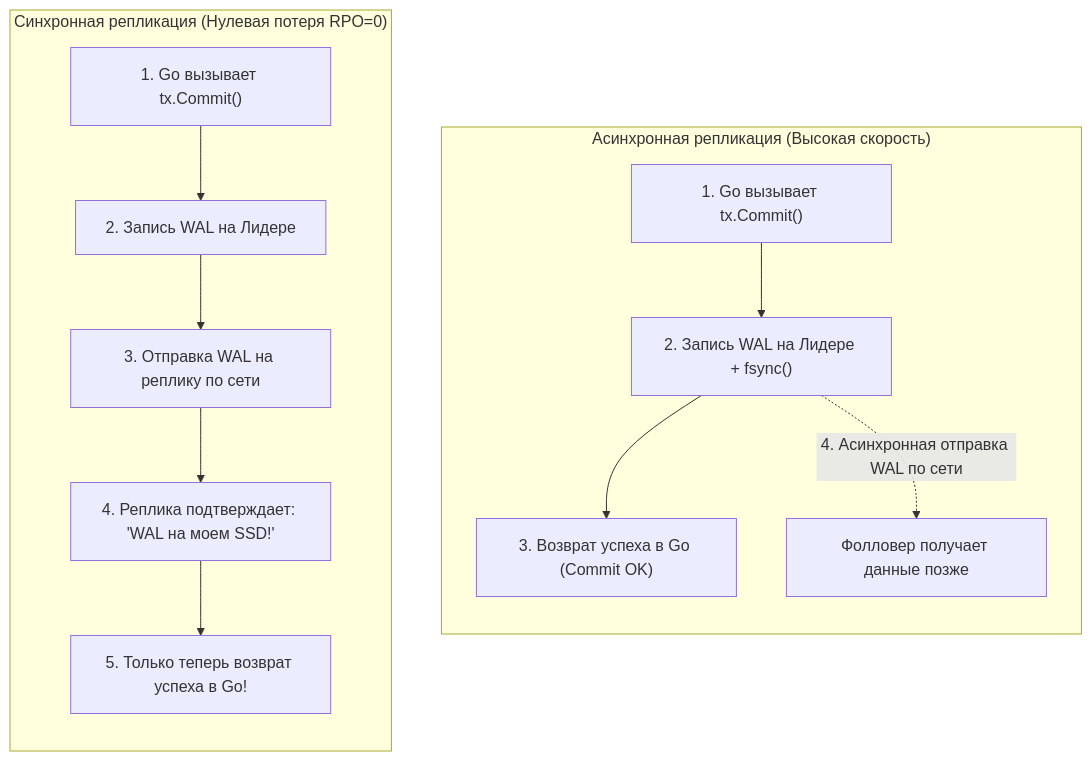
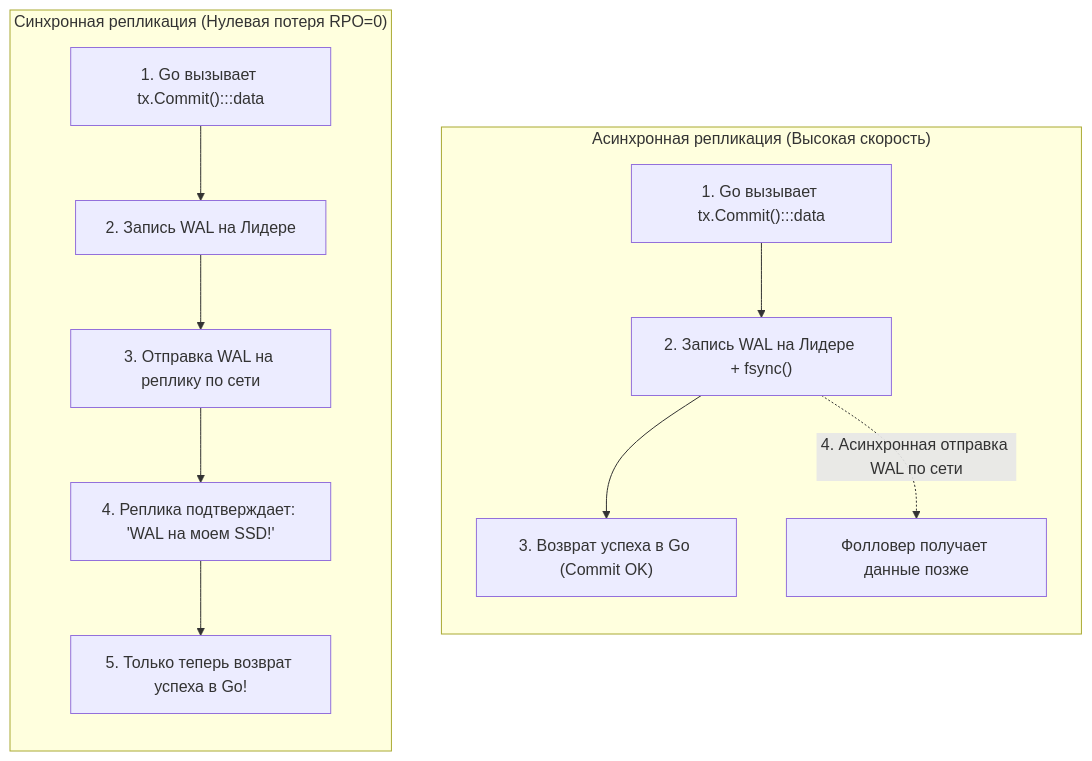
The second of 2 diagrams in sources/12. Базы данных/06. PostgreSQL/11. Репликация в PostgreSQL.md (UnrealTemplier/go-textbook), drawn with Mermaid before and after one commit. The commit also changed other lines of this file and 1666 other files, not shown here.

First line of the commit message:
feat(mermaid): add semantic color classDef to 1369 colorless flowchart/graph diagrams

````diff
--- a/sources/12. Базы данных/06. PostgreSQL/11. Репликация в PostgreSQL.md
+++ b/sources/12. Базы данных/06. PostgreSQL/11. Репликация в PostgreSQL.md
@@ -52,17 +62,27 @@
 ```mermaid
 flowchart TD
+    classDef process  fill:#1e293b,stroke:#38bdf8,stroke-width:1px,color:#f8fafc
+    classDef success  fill:#064e3b,stroke:#34d399,stroke-width:1px,color:#f8fafc
+    classDef error    fill:#7f1d1d,stroke:#f87171,stroke-width:1px,color:#f8fafc
+    classDef warning  fill:#78350f,stroke:#fbbf24,stroke-width:1px,color:#f8fafc
+    classDef entry    fill:#1e3a5f,stroke:#38bdf8,stroke-width:2px,color:#f8fafc
+    classDef aux      fill:#334155,stroke:#64748b,stroke-width:1px,color:#f8fafc
+    classDef system   fill:#312e81,stroke:#a78bfa,stroke-width:1px,color:#f8fafc
+    classDef data     fill:#132d29,stroke:#2dd4bf,stroke-width:1px,color:#f8fafc
+    classDef network  fill:#881337,stroke:#fb7185,stroke-width:1px,color:#f8fafc
+    classDef accent   fill:#1e1b4b,stroke:#818cf8,stroke-width:1px,color:#f8fafc
     subgraph AsyncMode ["Асинхронная репликация (Высокая скорость)"]
         direction TB
-        A1["1. Go вызывает tx.Commit()"] --> A2["2. Запись WAL на Лидере + fsync()"]
+        A1["1. Go вызывает tx.Commit():::data"] --> A2["2. Запись WAL на Лидере + fsync()"]
         A2 --> A3["3. Возврат успеха в Go (Commit OK)"]
         A2 -.->|"4. Асинхронная отправка WAL по сети"| A4["Фолловер получает данные позже"]
     end
 
     subgraph SyncMode ["Синхронная репликация (Нулевая потеря RPO=0)"]
         direction TB
-        S1["1. Go вызывает tx.Commit()"] --> S2["2. Запись WAL на Лидере"]
+        S1["1. Go вызывает tx.Commit():::data"] --> S2["2. Запись WAL на Лидере"]
         S2 --> S3["3. Отправка WAL на реплику по сети"]
         S3 --> S4["4. Реплика подтверждает: 'WAL на моем SSD!'"]
         S4 --> S5["5. Только теперь возврат успеха в Go!"]
     end
 ```
````
